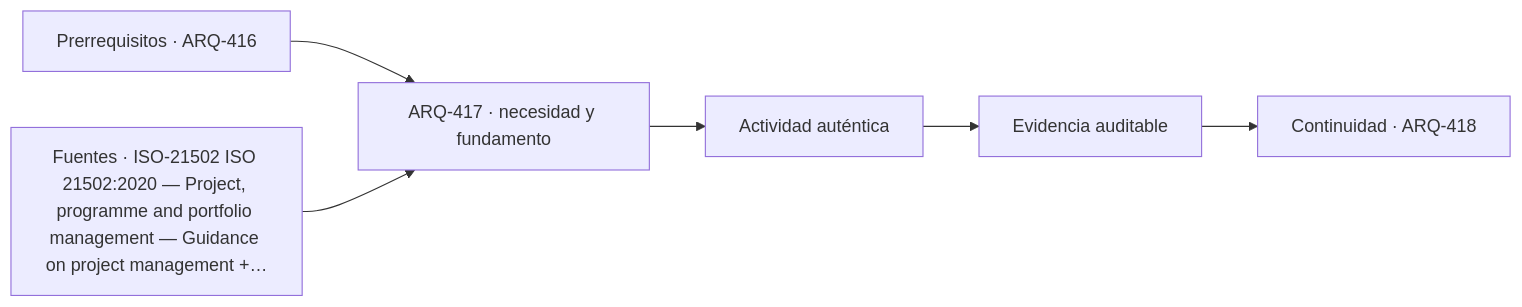
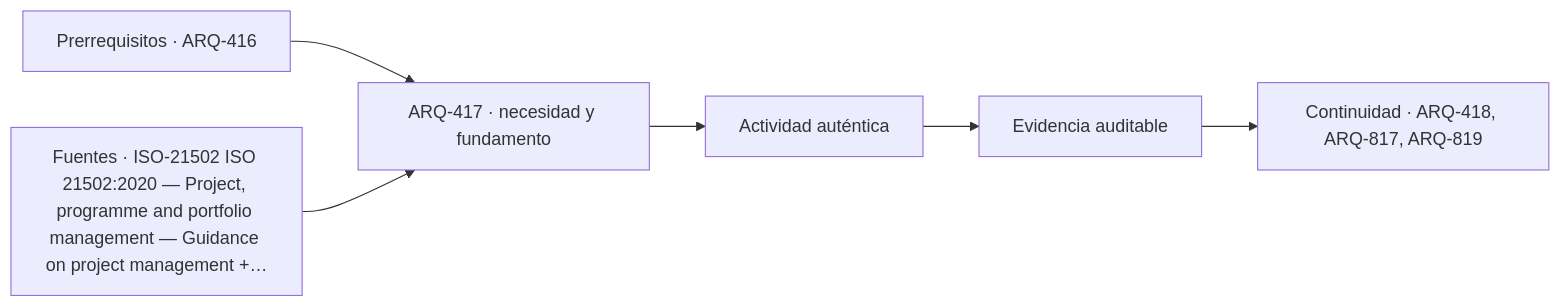
The diagram in classes/parte-42/ARQ-417.md (vladimiracunadev-create/architecture-built-environment-learning-program), drawn with Mermaid before and after one commit. The commit also changed other lines of this file and 234 other files, not shown here.

````diff
--- a/classes/parte-42/ARQ-417.md
+++ b/classes/parte-42/ARQ-417.md
@@ -87,8 +87,8 @@
 ```mermaid
 flowchart LR
     A["Prerrequisitos · ARQ-416"] --> B["ARQ-417 · necesidad y fundamento"]
     S["Fuentes · ISO-21502 ISO 21502:2020 — Project, programme and portfolio management — Guidance on project management +…"] --> B
     B --> C["Actividad auténtica"]
     C --> D["Evidencia auditable"]
-    D --> E["Continuidad · ARQ-418"]
+    D --> E["Continuidad · ARQ-418, ARQ-817, ARQ-819"]
 ```
````
